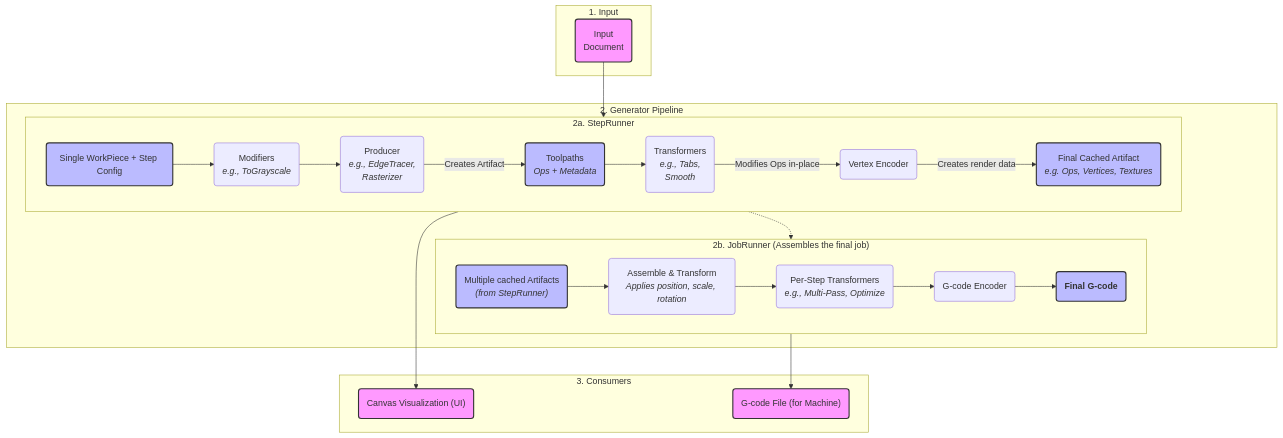
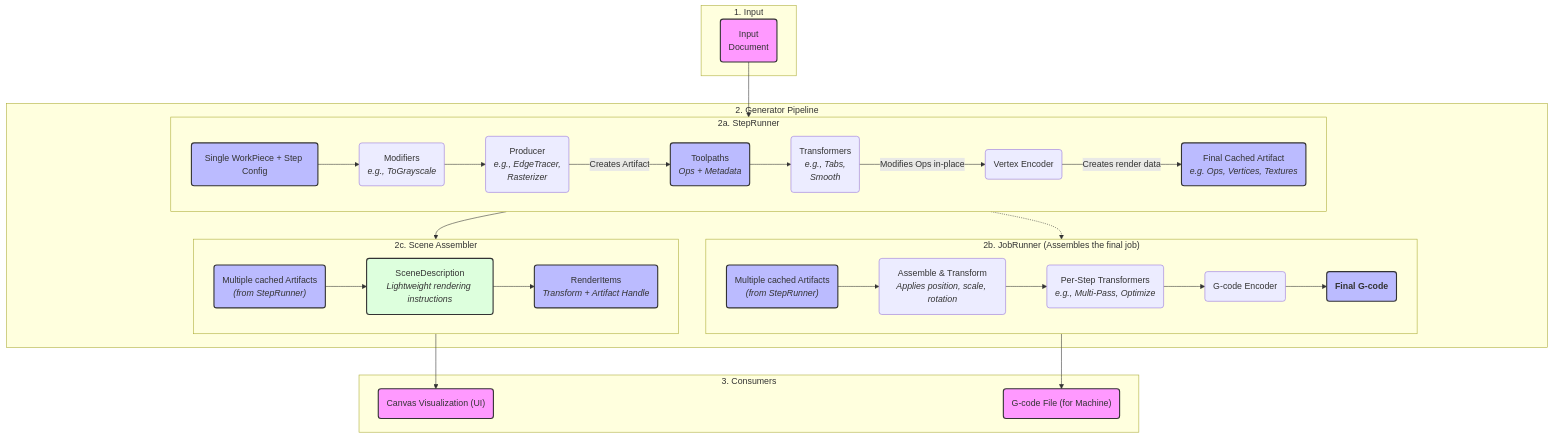
Before and after one commit to yuri-schmaltz/my-rayforge: the diagram in website/content/docs/developer/pipeline.md, drawn with Mermaid. The commit also changed other lines of this file, not shown here.

````diff
--- a/website/content/docs/developer/pipeline.md
+++ b/website/content/docs/developer/pipeline.md
@@ -7,43 +7,53 @@
 ```mermaid
 graph TD
     subgraph "1. Input"
         Input("Input<br/>Document")
     end
 
     subgraph "2. Generator Pipeline"
         subgraph "2a. StepRunner"
             direction LR
             A(Single WorkPiece + Step Config);
             A --> B(Modifiers<br/><i>e.g., ToGrayscale</i>);
             B --> C(Producer<br/><i>e.g., EdgeTracer,<br/>Rasterizer</i>);
             C -- "Creates Artifact" --> D("Toolpaths<br/><i>Ops + Metadata</i>");
             D --> E(Transformers<br/><i>e.g., Tabs,<br/>Smooth</i>);
             E -- "Modifies Ops in-place" --> F(Vertex Encoder);
             F -- "Creates render data" --> G("Final Cached Artifact<br/><i>e.g. Ops, Vertices, Textures</i>");
         end
 
+        subgraph "2c. Scene Assembler"
+            direction LR
+            H("Multiple cached Artifacts<br/><i>(from StepRunner)</i>");
+            H --> I(SceneDescription<br/><i>Lightweight rendering instructions</i>);
+            I --> J("RenderItems<br/><i>Transform + Artifact Handle</i>");
+        end
+
         subgraph "2b. JobRunner (Assembles the final job)"
             direction LR
-            J("Multiple cached Artifacts<br/><i>(from StepRunner)</i>");
-            J --> K(Assemble & Transform<br/><i>Applies position, scale, rotation</i>);
-            K --> L(Per-Step Transformers<br/><i>e.g., Multi-Pass, Optimize</i>);
-            L --> M(G-code Encoder);
-            M --> N(<b>Final G-code</b>);
+            K("Multiple cached Artifacts<br/><i>(from StepRunner)</i>");
+            K --> L(Assemble & Transform<br/><i>Applies position, scale, rotation</i>);
+            L --> M(Per-Step Transformers<br/><i>e.g., Multi-Pass, Optimize</i>);
+            M --> N(G-code Encoder);
+            N --> O(<b>Final G-code</b>);
         end
     end
 
     subgraph "3. Consumers"
         Vis("Canvas Visualization (UI)")
         File("G-code File (for Machine)")
     end
 
     Input --> A;
-    G -.-> J;
-    G --> Vis;
-    N --> File;
+    G --> H;
+    G -.-> K;
+    J --> Vis;
+    O --> File;
 
     classDef io fill:#f9f,stroke:#333,stroke-width:2px;
     classDef output fill:#bbf,stroke:#333,stroke-width:2px,max-width:500px;
+    classDef highlight fill:#dfd,stroke:#333,stroke-width:2px;
     class Input,Vis,File io;
-    class A,D,G,J,N output
+    class A,D,G,H,J,K,O output;
+    class I highlight
 ```
````
